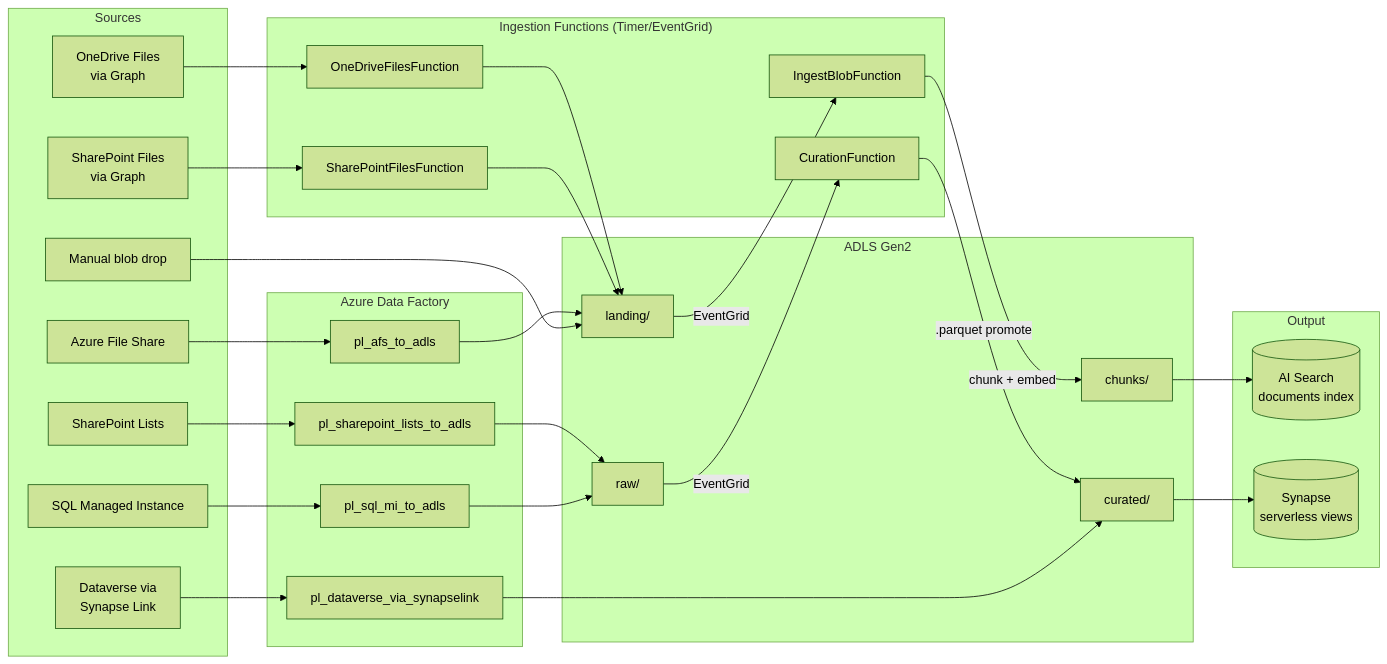
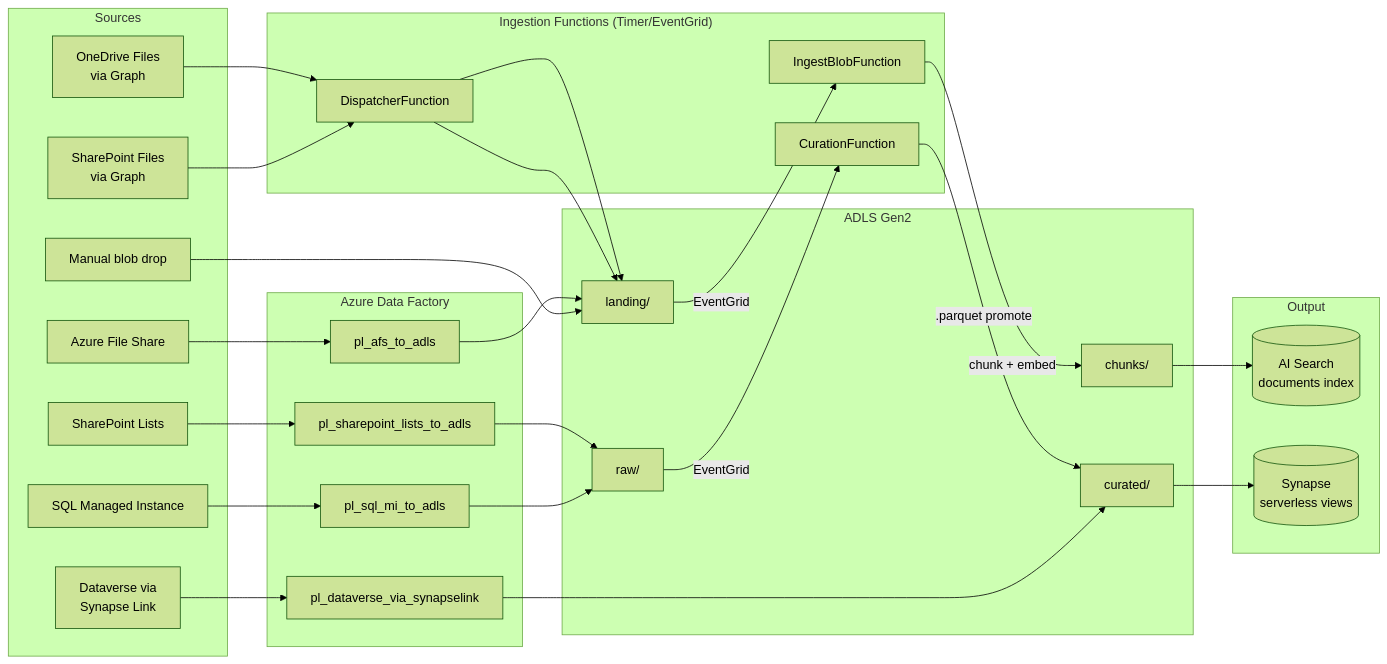
One commit to azurenoops/data_ai_platform changed the diagram in docs/INGESTION.md. Above: the diagram before and after it, drawn with Mermaid (forest theme). The commit also changed other lines of this file and 355 other files, not shown here.

````diff
--- a/docs/INGESTION.md
+++ b/docs/INGESTION.md
@@ -20,52 +20,51 @@
 ```mermaid
 flowchart LR
     subgraph Sources
         SP[SharePoint Files<br/>via Graph]
         OD[OneDrive Files<br/>via Graph]
         AFS[Azure File Share]
         SQL[SQL Managed Instance]
         SPL[SharePoint Lists]
         DV[Dataverse via<br/>Synapse Link]
         BLB[Manual blob drop]
     end
 
     subgraph Functions["Ingestion Functions (Timer/EventGrid)"]
-        SPF[SharePointFilesFunction]
-        ODF[OneDriveFilesFunction]
+      DSF[DispatcherFunction]
         IBF[IngestBlobFunction]
         CRF[CurationFunction]
     end
 
     subgraph ADF["Azure Data Factory"]
         PSQL[pl_sql_mi_to_adls]
         PAFS[pl_afs_to_adls]
         PSPL[pl_sharepoint_lists_to_adls]
         PDV[pl_dataverse_via_synapselink]
     end
 
     subgraph Storage["ADLS Gen2"]
         L[landing/]
         R[raw/]
         C[curated/]
         CH[chunks/]
     end
 
     subgraph Output
         AIS[(AI Search<br/>documents index)]
         SYN[(Synapse<br/>serverless views)]
     end
 
-    SP --> SPF --> L
-    OD --> ODF --> L
+    SP --> DSF --> L
+    OD --> DSF --> L
     BLB --> L
     AFS --> PAFS --> L
     SQL --> PSQL --> R
     SPL --> PSPL --> R
     DV --> PDV --> C
 
     L -->|EventGrid| IBF
     IBF -->|chunk + embed| CH --> AIS
     R -->|EventGrid| CRF
     CRF -->|.parquet promote| C
     C --> SYN
 ```
````
